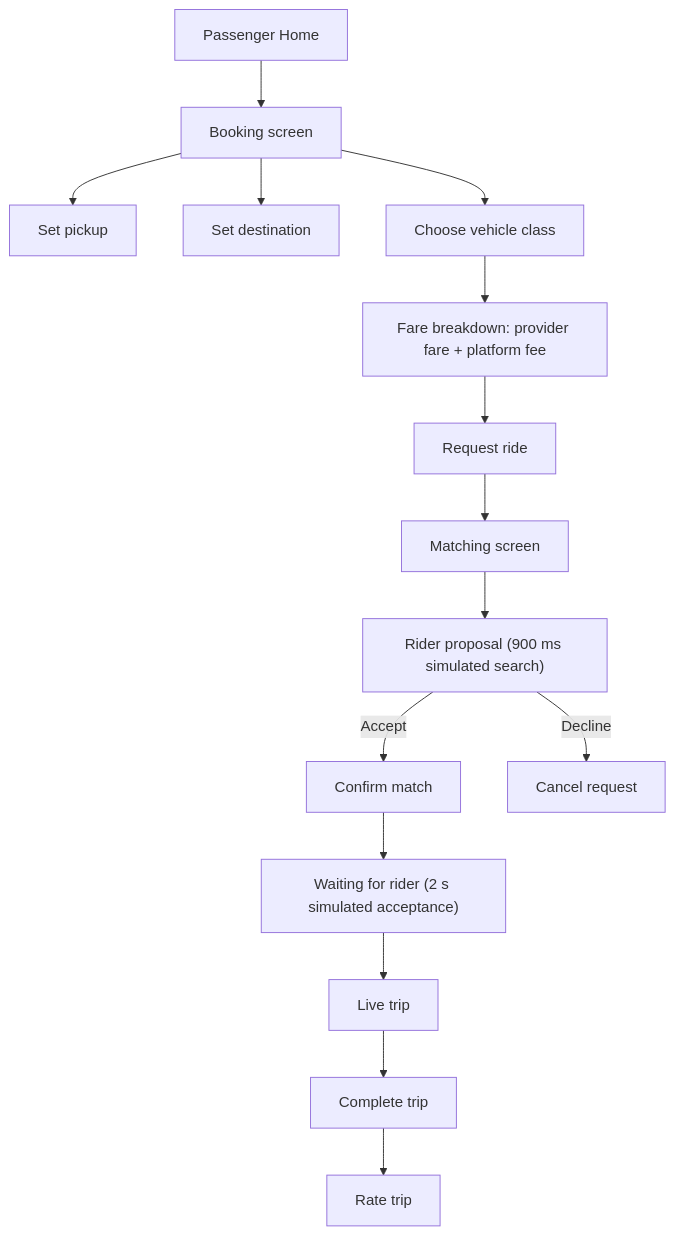
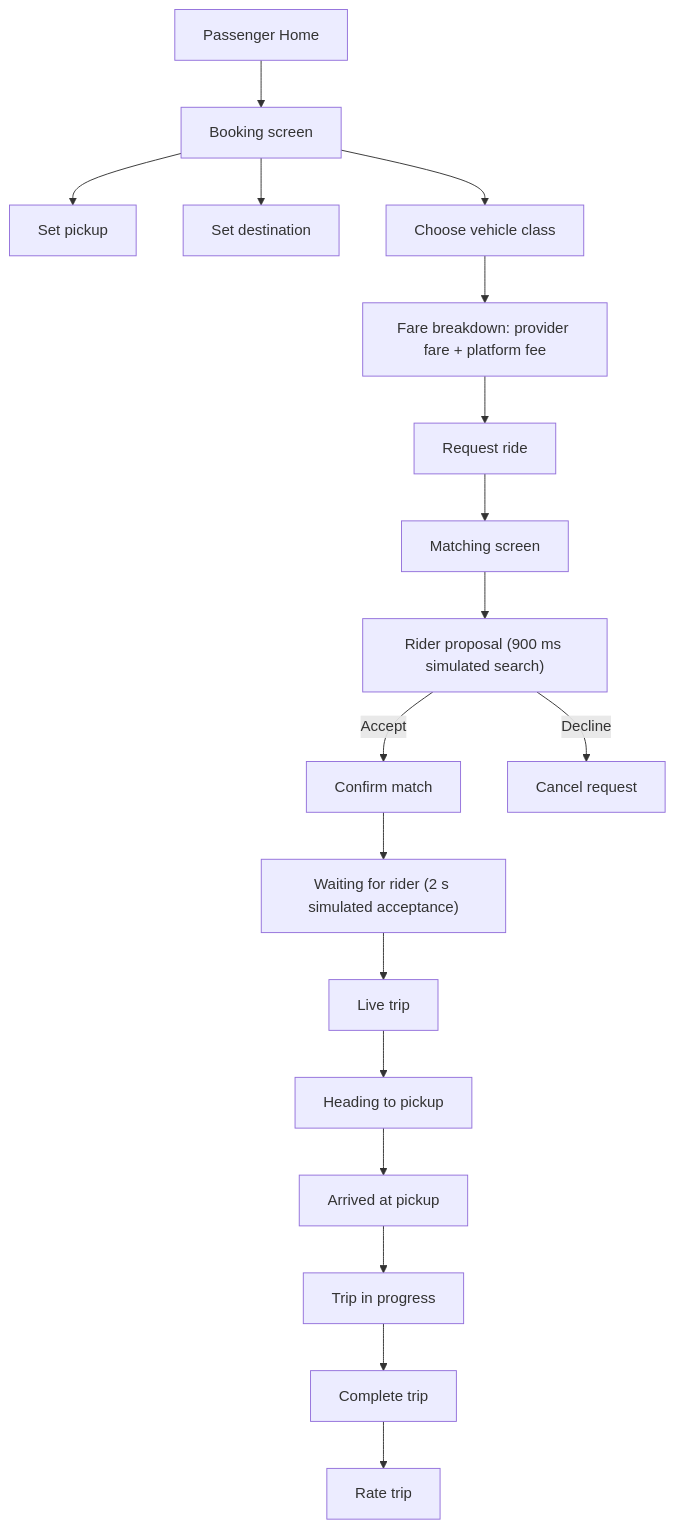
One commit to manibba2026-commits/SurGo-App changed the second of 5 diagrams in docs/final-presentation/USER_WORKFLOWS.md. Above: the diagram before and after it, drawn with Mermaid. The commit also changed other lines of this file and 15 other files, not shown here.

First line of the commit message:
Polish presentation flows and refresh defense documentation

````diff
--- a/docs/final-presentation/USER_WORKFLOWS.md
+++ b/docs/final-presentation/USER_WORKFLOWS.md
@@ -91,17 +91,20 @@
 ```mermaid
 flowchart TD
     Home["Passenger Home"] --> Booking["Booking screen"]
     Booking --> Pickup["Set pickup"]
     Booking --> Drop["Set destination"]
     Booking --> Class["Choose vehicle class"]
     Class --> Fare["Fare breakdown: provider fare + platform fee"]
     Fare --> Request["Request ride"]
     Request --> Matching["Matching screen"]
     Matching --> Proposal["Rider proposal (900 ms simulated search)"]
     Proposal -->|Accept| Confirm["Confirm match"]
     Confirm --> Wait["Waiting for rider (2 s simulated acceptance)"]
     Wait --> Live["Live trip"]
     Proposal -->|Decline| Cancel["Cancel request"]
-    Live --> Complete["Complete trip"]
+    Live --> Heading["Heading to pickup"]
+    Heading --> Arrived["Arrived at pickup"]
+    Arrived --> InProgress["Trip in progress"]
+    InProgress --> Complete["Complete trip"]
     Complete --> Rate["Rate trip"]
 ```
````
